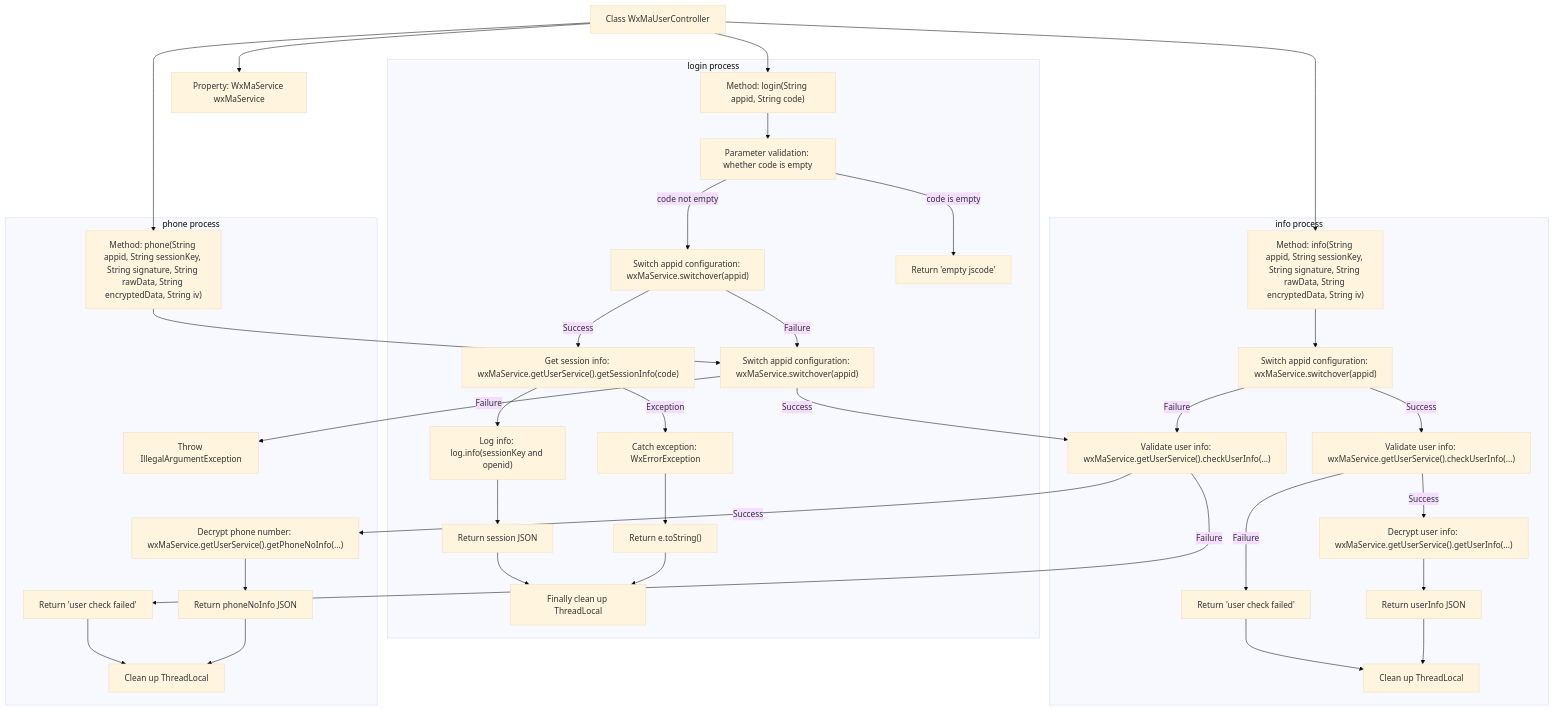
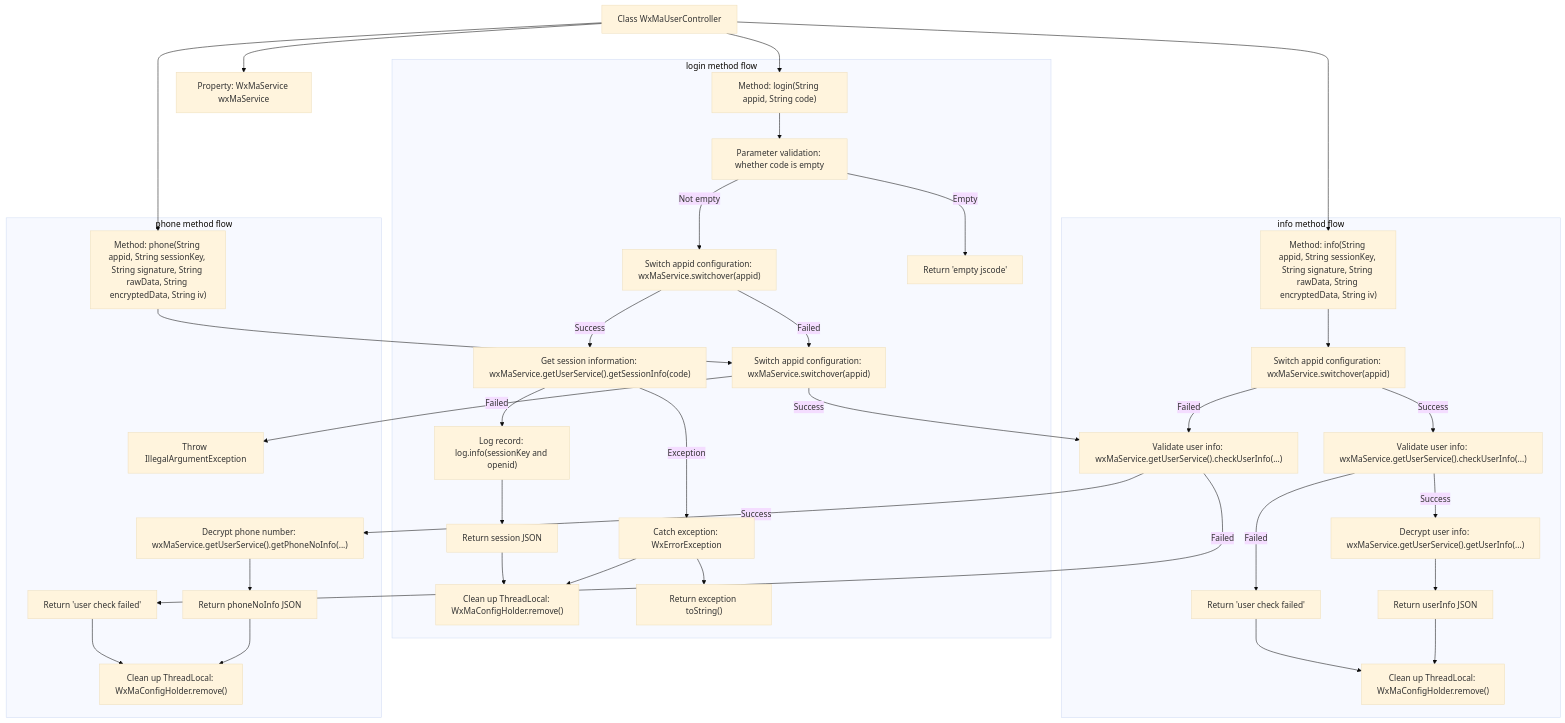
The second of 2 diagrams in docs/en/docs/src/main/java/com/github/binarywang/demo/wx/miniapp/controller/WxMaUserController.md (v-wjrong/binary_weixin-java-miniapp-demo), drawn with Mermaid (base theme) before and after one commit. The commit also changed other lines of this file and 47 other files, not shown here.

````diff
--- a/docs/en/docs/src/main/java/com/github/binarywang/demo/wx/miniapp/controller/WxMaUserController.md
+++ b/docs/en/docs/src/main/java/com/github/binarywang/demo/wx/miniapp/controller/WxMaUserController.md
@@ -125,66 +108,67 @@
 ```mermaid
 graph TD
     A["Class WxMaUserController"]
     B["Property: WxMaService wxMaService"]
     C["Method: login(String appid, String code)"]
     D["Method: info(String appid, String sessionKey, String signature, String rawData, String encryptedData, String iv)"]
     E["Method: phone(String appid, String sessionKey, String signature, String rawData, String encryptedData, String iv)"]
 
     A --> B
     A --> C
     A --> D
     A --> E
 
-    subgraph login process
+    subgraph login method flow
         C1["Parameter validation: whether code is empty"]
         C2["Switch appid configuration: wxMaService.switchover(appid)"]
-        C3["Get session info: wxMaService.getUserService().getSessionInfo(code)"]
-        C4["Log info: log.info(sessionKey and openid)"]
+        C3["Get session information: wxMaService.getUserService().getSessionInfo(code)"]
+        C4["Log record: log.info(sessionKey and openid)"]
         C5["Return session JSON"]
         C6["Catch exception: WxErrorException"]
-        C7["Finally clean up ThreadLocal"]
-
+        C7["Clean up ThreadLocal: WxMaConfigHolder.remove()"]
+        
         C --> C1
-        C1 --"code is empty"--> R1["Return 'empty jscode'"]
-        C1 --"code not empty"--> C2
-        C2 --"Failure"--> E1["Throw IllegalArgumentException"]
-        C2 --"Success"--> C3
+        C1 -- "Empty" --> R1["Return 'empty jscode'"]
+        C1 -- "Not empty" --> C2
+        C2 -- "Failed" --> E1["Throw IllegalArgumentException"]
+        C2 -- "Success" --> C3
         C3 --> C4
         C4 --> C5
-        C3 --"Exception"--> C6
-        C6 --> R2["Return e.toString()"]
-        C5 & R2 --> C7
+        C3 -- Exception --> C6
+        C6 --> R2["Return exception toString()"]
+        C5 --> C7
+        C6 --> C7
     end
 
-    subgraph info process
+    subgraph info method flow
         D1["Switch appid configuration: wxMaService.switchover(appid)"]
         D2["Validate user info: wxMaService.getUserService().checkUserInfo(...)"]
         D3["Decrypt user info: wxMaService.getUserService().getUserInfo(...)"]
         D4["Return userInfo JSON"]
-        D5["Clean up ThreadLocal"]
+        D5["Clean up ThreadLocal: WxMaConfigHolder.remove()"]
 
         D --> D1
-        D1 --"Failure"--> E2["Throw IllegalArgumentException"]
-        D1 --"Success"--> D2
-        D2 --"Failure"--> R3["Return 'user check failed'"] --> D5
-        D2 --"Success"--> D3
+        D1 -- "Failed" --> E2["Throw IllegalArgumentException"]
+        D1 -- "Success" --> D2
+        D2 -- "Failed" --> R3["Return 'user check failed'"] --> D5
+        D2 -- "Success" --> D3
         D3 --> D4
         D4 --> D5
     end
 
-    subgraph phone process
+    subgraph phone method flow
         E1["Switch appid configuration: wxMaService.switchover(appid)"]
         E2["Validate user info: wxMaService.getUserService().checkUserInfo(...)"]
         E3["Decrypt phone number: wxMaService.getUserService().getPhoneNoInfo(...)"]
         E4["Return phoneNoInfo JSON"]
-        E5["Clean up ThreadLocal"]
+        E5["Clean up ThreadLocal: WxMaConfigHolder.remove()"]
 
         E --> E1
-        E1 --"Failure"--> E3_1["Throw IllegalArgumentException"]
-        E1 --"Success"--> E2
-        E2 --"Failure"--> R4["Return 'user check failed'"] --> E5
-        E2 --"Success"--> E3
+        E1 -- "Failed" --> E3_1["Throw IllegalArgumentException"]
+        E1 -- "Success" --> E2
+        E2 -- "Failed" --> R4["Return 'user check failed'"] --> E5
+        E2 -- "Success" --> E3
         E3 --> E4
         E4 --> E5
     end
 ```
````
